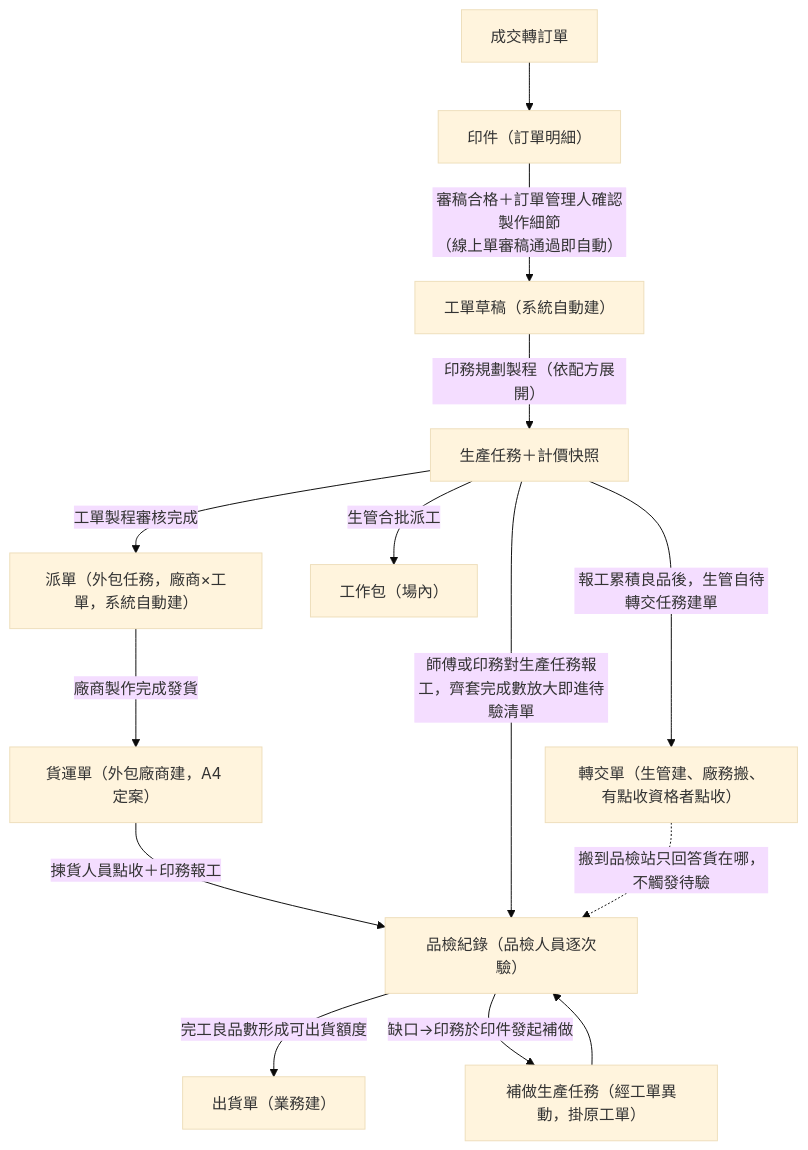
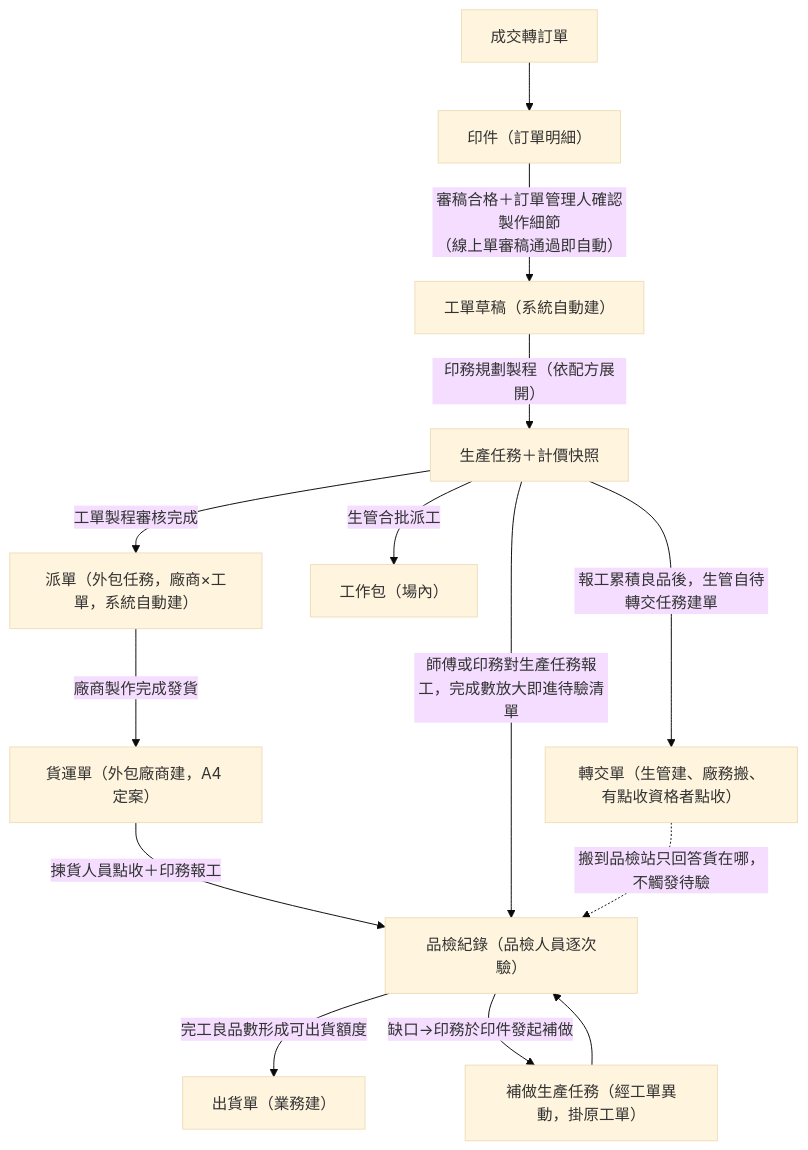
Before and after one commit to Kawato-Miles/erp-spec: the second of 4 diagrams in memory/Sens_wiki/wiki/erp/05-entities/生產領域資料結構總覽.md, drawn with Mermaid (base theme). The commit also changed other lines of this file and 45 other files, not shown here.

````diff
--- a/memory/Sens_wiki/wiki/erp/05-entities/生產領域資料結構總覽.md
+++ b/memory/Sens_wiki/wiki/erp/05-entities/生產領域資料結構總覽.md
@@ -72,16 +72,16 @@
 ```mermaid
 flowchart TD
     A["成交轉訂單"] --> B["印件（訂單明細）"]
     B -->|"審稿合格＋訂單管理人確認製作細節<br>（線上單審稿通過即自動）"| C["工單草稿（系統自動建）"]
     C -->|"印務規劃製程（依配方展開）"| D["生產任務＋計價快照"]
     D -->|"工單製程審核完成"| E["派單（外包任務，廠商×工單，系統自動建）"]
     D -->|"生管合批派工"| F["工作包（場內）"]
     E -->|"廠商製作完成發貨"| G["貨運單（外包廠商建，A4 定案）"]
     D -->|"報工累積良品後，生管自待轉交任務建單"| H["轉交單（生管建、廠務搬、有點收資格者點收）"]
     G -->|"揀貨人員點收＋印務報工"| I["品檢紀錄（品檢人員逐次驗）"]
-    D -->|"師傅或印務對生產任務報工，齊套完成數放大即進待驗清單"| I
+    D -->|"師傅或印務對生產任務報工，完成數放大即進待驗清單"| I
     H -.->|"搬到品檢站只回答貨在哪，不觸發待驗"| I
     I -->|"完工良品數形成可出貨額度"| J["出貨單（業務建）"]
     I -->|"缺口→印務於印件發起補做"| K["補做生產任務（經工單異動，掛原工單）"]
     K --> I
 ```
````
